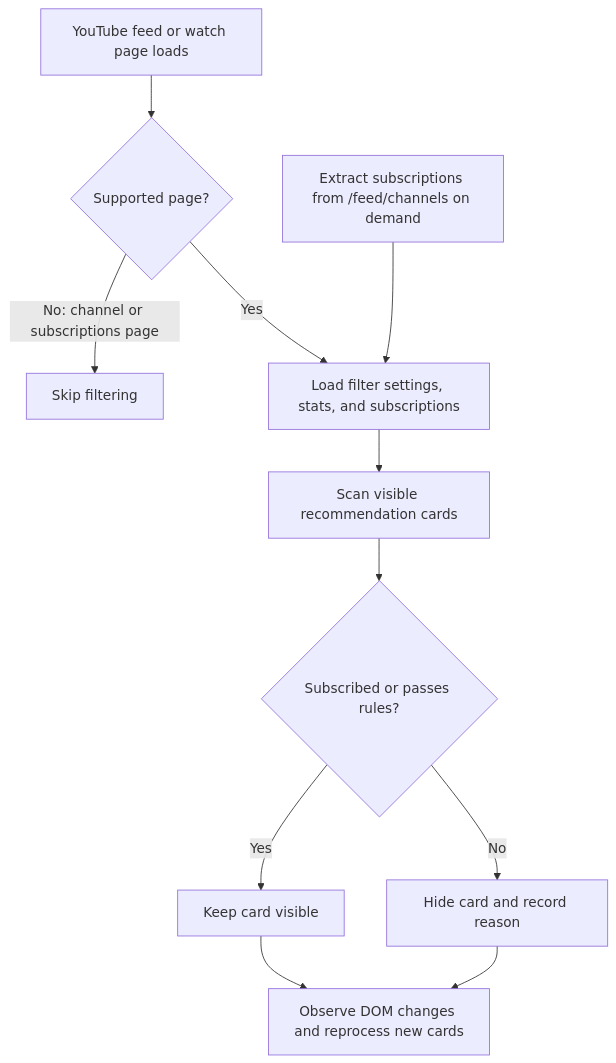
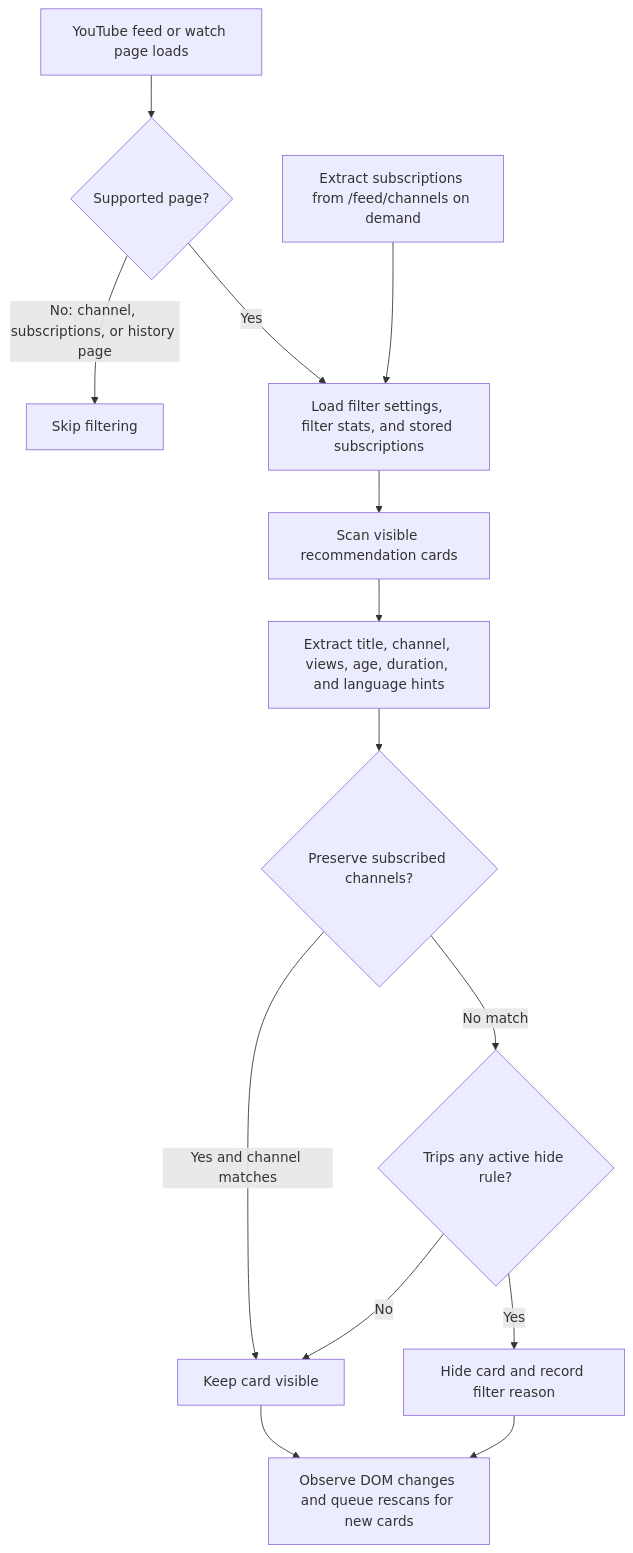
Before and after one commit to teron131/better-youtube: the fourth of 4 diagrams in README.md, drawn with Mermaid. The commit also changed other lines of this file and 7 other files, not shown here.

````diff
--- a/README.md
+++ b/README.md
@@ -105,16 +146,19 @@
 ```mermaid
 flowchart TD
     accTitle: Recommendation filtering flow
-    accDescr: Shows how the content script filters YouTube recommendation cards using saved rules and optional subscription preservation.
+    accDescr: Shows how the content script filters recommendation cards using saved rules, subscription lookups, and rescan scheduling.
 
     LOAD["YouTube feed or watch page loads"] --> PAGE{"Supported page?"}
-    PAGE -->|No: channel or subscriptions page| SKIP["Skip filtering"]
-    PAGE -->|Yes| READ["Load filter settings, stats, and subscriptions"]
+    PAGE -->|No: channel, subscriptions, or history page| SKIP["Skip filtering"]
+    PAGE -->|Yes| READ["Load filter settings, filter stats, and stored subscriptions"]
     READ --> SCAN["Scan visible recommendation cards"]
-    SCAN --> CHECK{"Subscribed or passes rules?"}
-    CHECK -->|Yes| SHOW["Keep card visible"]
-    CHECK -->|No| HIDE["Hide card and record reason"]
-    SHOW --> RESCAN["Observe DOM changes and reprocess new cards"]
+    SCAN --> EXTRACT["Extract title, channel, views, age, duration, and language hints"]
+    EXTRACT --> SUBS{"Preserve subscribed channels?"}
+    SUBS -->|Yes and channel matches| SHOW["Keep card visible"]
+    SUBS -->|No match| RULES{"Trips any active hide rule?"}
+    RULES -->|No| SHOW
+    RULES -->|Yes| HIDE["Hide card and record filter reason"]
+    SHOW --> RESCAN["Observe DOM changes and queue rescans for new cards"]
     HIDE --> RESCAN
-    SUBS["Extract subscriptions from /feed/channels on demand"] --> READ
+    SUBLOAD["Extract subscriptions from /feed/channels on demand"] --> READ
 ```
````
